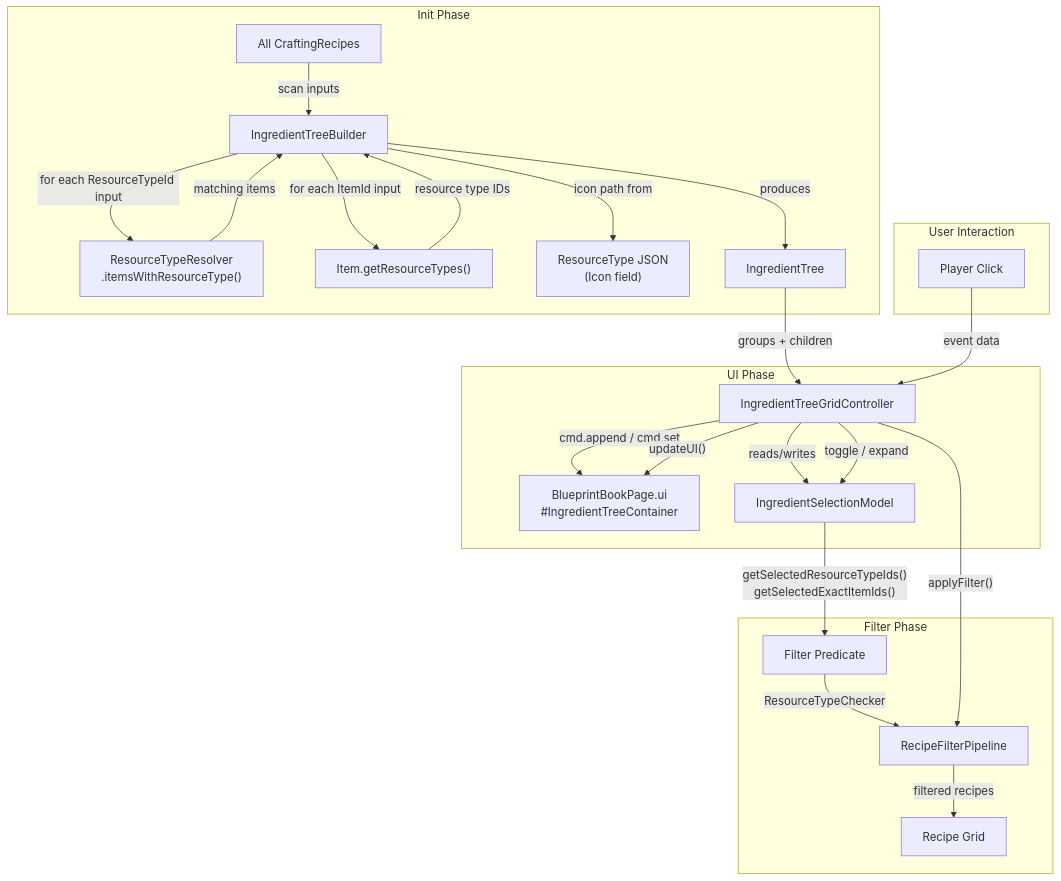
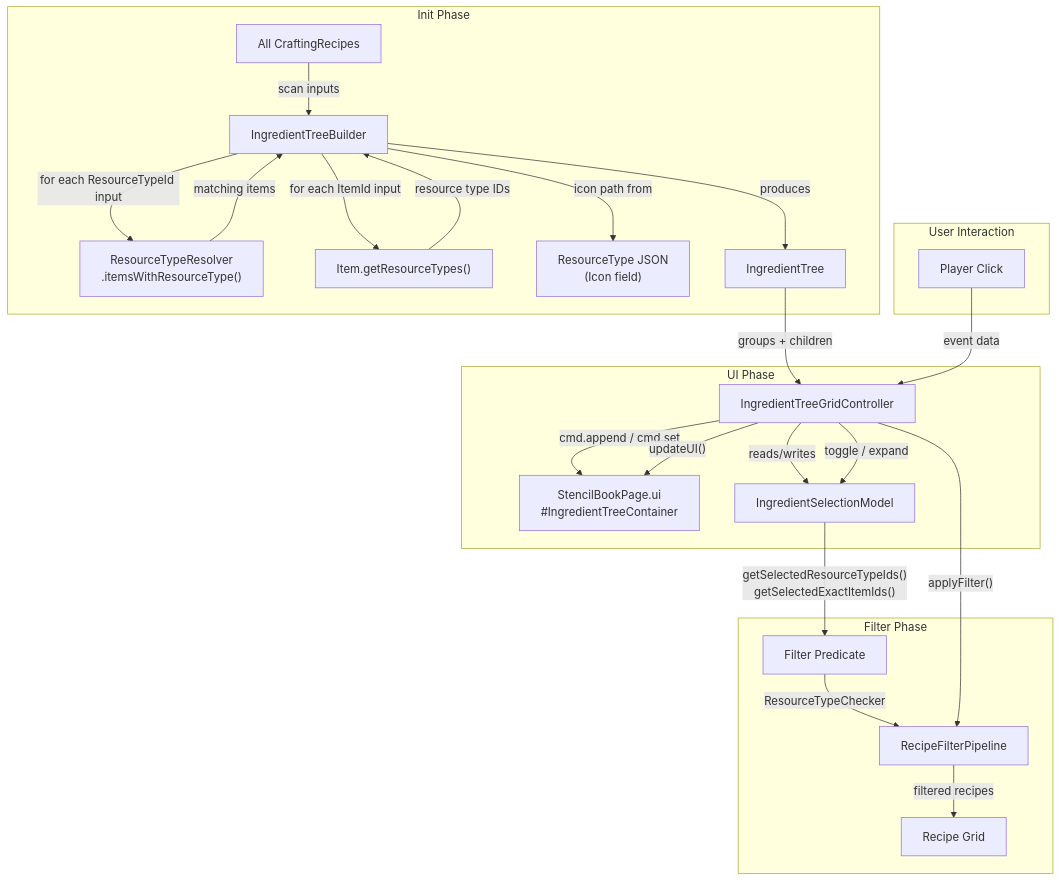
One commit to TheCodeCreature/Hytale-Example-Plugin changed the second of 4 diagrams in docs/design-ingredient-tree-grid.md. Above: the diagram before and after it, drawn with Mermaid. The commit also changed other lines of this file and 289 other files, not shown here.

````diff
--- a/docs/design-ingredient-tree-grid.md
+++ b/docs/design-ingredient-tree-grid.md
@@ -140,31 +140,31 @@
 ```mermaid
 graph TB
     subgraph "Init Phase"
         RECIPES["All CraftingRecipes"] -->|"scan inputs"| BUILDER["IngredientTreeBuilder"]
         BUILDER -->|"for each ResourceTypeId input"| RESOLVER["ResourceTypeResolver\n.itemsWithResourceType()"]
         BUILDER -->|"for each ItemId input"| ITEM_LOOKUP["Item.getResourceTypes()"]
         RESOLVER -->|"matching items"| BUILDER
         ITEM_LOOKUP -->|"resource type IDs"| BUILDER
         BUILDER -->|"icon path from"| RT_DEFS["ResourceType JSON\n(Icon field)"]
         BUILDER -->|"produces"| TREE["IngredientTree"]
     end
 
     subgraph "UI Phase"
         TREE -->|"groups + children"| CONTROLLER["IngredientTreeGridController"]
-        CONTROLLER -->|"cmd.append / cmd.set"| UI["BlueprintBookPage.ui\n#IngredientTreeContainer"]
+        CONTROLLER -->|"cmd.append / cmd.set"| UI["StencilBookPage.ui\n#IngredientTreeContainer"]
         CONTROLLER -->|"reads/writes"| SELECTION["IngredientSelectionModel"]
     end
 
     subgraph "Filter Phase"
         SELECTION -->|"getSelectedResourceTypeIds()\ngetSelectedExactItemIds()"| PREDICATE["Filter Predicate"]
         PREDICATE -->|"ResourceTypeChecker"| PIPELINE["RecipeFilterPipeline"]
         PIPELINE -->|"filtered recipes"| GRID["Recipe Grid"]
     end
 
     subgraph "User Interaction"
         CLICK["Player Click"] -->|"event data"| CONTROLLER
         CONTROLLER -->|"toggle / expand"| SELECTION
         CONTROLLER -->|"updateUI()"| UI
         CONTROLLER -->|"applyFilter()"| PIPELINE
     end
 ```
````
